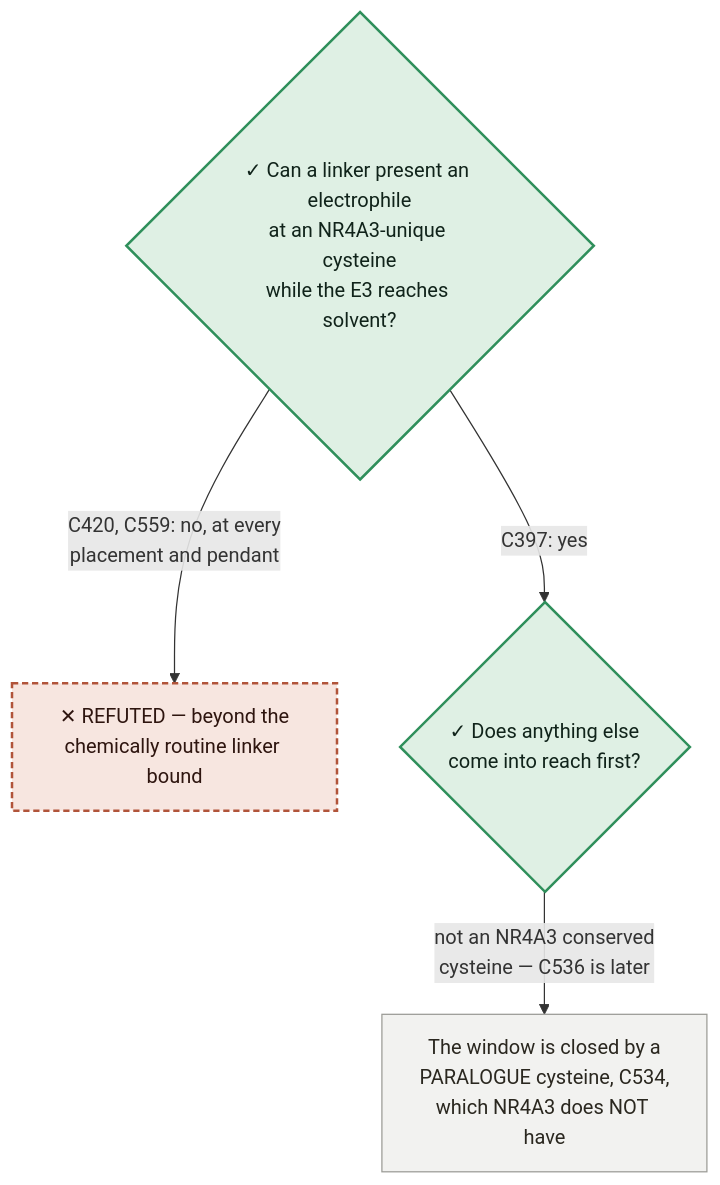
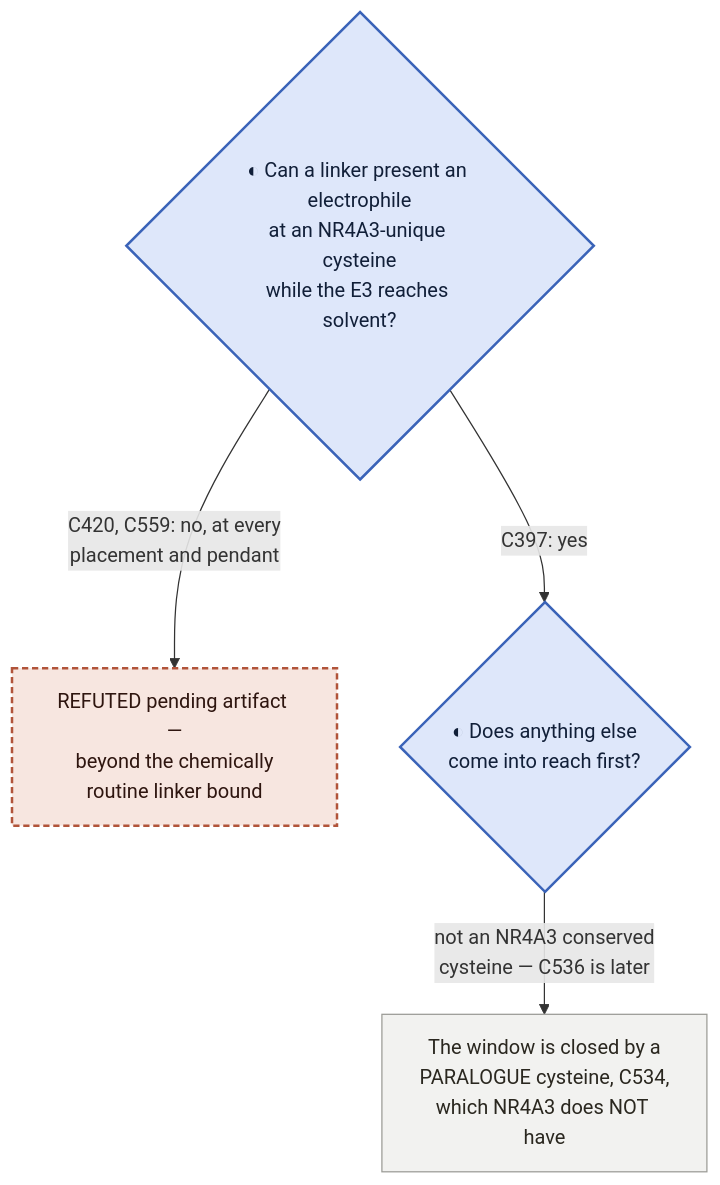
Before and after one commit to trimcrae/Rare-cancers: the third of 3 diagrams in research/manuscripts/nr4a3-program-map.md, drawn with Mermaid. The commit also changed other lines of this file, not shown here.

First line of the commit message:
program map: conclusively-unworkable bar for dead ends, parked state added

````diff
--- a/research/manuscripts/nr4a3-program-map.md
+++ b/research/manuscripts/nr4a3-program-map.md
@@ -239,15 +269,15 @@
 ```mermaid
 graph TD
-  L{"✓ Can a linker present an electrophile<br/>at an NR4A3-unique cysteine<br/>while the E3 reaches solvent?"}
-  L -->|"C420, C559: no, at every<br/>placement and pendant"| DEAD["✕ REFUTED — beyond the<br/>chemically routine linker bound"]
-  L -->|"C397: yes"| WIN{"✓ Does anything else<br/>come into reach first?"}
+  L{"◐ Can a linker present an electrophile<br/>at an NR4A3-unique cysteine<br/>while the E3 reaches solvent?"}
+  L -->|"C420, C559: no, at every<br/>placement and pendant"| DEAD["REFUTED pending artifact —<br/>beyond the chemically<br/>routine linker bound"]
+  L -->|"C397: yes"| WIN{"◐ Does anything else<br/>come into reach first?"}
   WIN -->|"not an NR4A3 conserved<br/>cysteine — C536 is later"| PAR["The window is closed by a<br/>PARALOGUE cysteine, C534,<br/>which NR4A3 does NOT have"]
 
-  classDef done fill:#dff0e4,stroke:#2f8f5b,stroke-width:2px,color:#10231a;
+  classDef work fill:#dee7fa,stroke:#3a63b8,stroke-width:2px,color:#111f38;
   classDef dead fill:#f7e6e0,stroke:#b1543a,stroke-width:2px,color:#2e150f,stroke-dasharray:5 3;
   classDef out fill:#f2f2f0,stroke:#9b9b96,stroke-width:1px,color:#2a271f;
 
-  class L,WIN done;
+  class L,WIN work;
   class DEAD dead;
   class PAR out;
 ```
````
